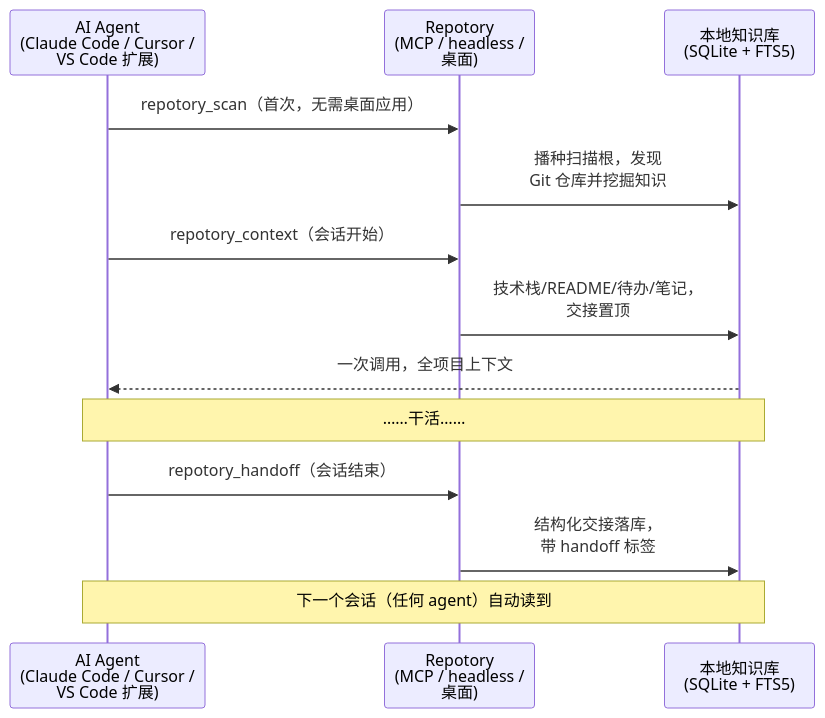
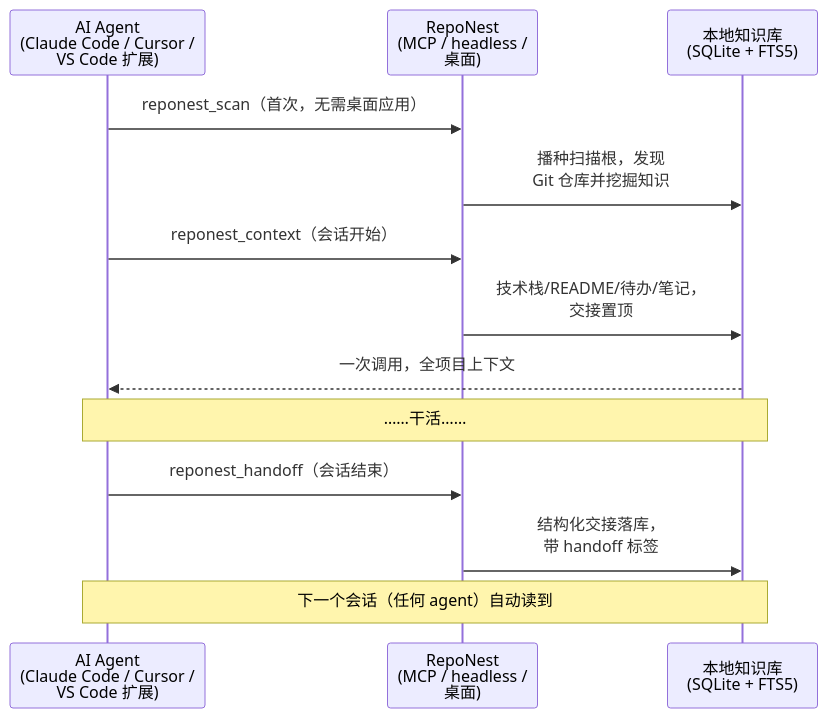
One commit to sky-jiangcheng/repo-nest changed the second of 3 diagrams in docs/index.md. Above: the diagram before and after it, drawn with Mermaid. The commit also changed other lines of this file and 11 other files, not shown here.

````diff
--- a/docs/index.md
+++ b/docs/index.md
@@ -37,15 +37,15 @@
 ```mermaid
 sequenceDiagram
     participant Agent as AI Agent<br>(Claude Code / Cursor /<br>VS Code 扩展)
-    participant RN as Repotory<br>(MCP / headless /<br>桌面)
+    participant RN as RepoNest<br>(MCP / headless /<br>桌面)
     participant KB as 本地知识库<br>(SQLite + FTS5)
-    Agent->>RN: repotory_scan（首次，无需桌面应用）
+    Agent->>RN: reponest_scan（首次，无需桌面应用）
     RN->>KB: 播种扫描根，发现<br>Git 仓库并挖掘知识
-    Agent->>RN: repotory_context（会话开始）
+    Agent->>RN: reponest_context（会话开始）
     RN->>KB: 技术栈/README/待办/笔记，<br>交接置顶
     KB-->>Agent: 一次调用，全项目上下文
     Note over Agent,KB: ……干活……
-    Agent->>RN: repotory_handoff（会话结束）
+    Agent->>RN: reponest_handoff（会话结束）
     RN->>KB: 结构化交接落库，<br>带 handoff 标签
     Note over KB,Agent: 下一个会话（任何 agent）自动读到
 ```
````
